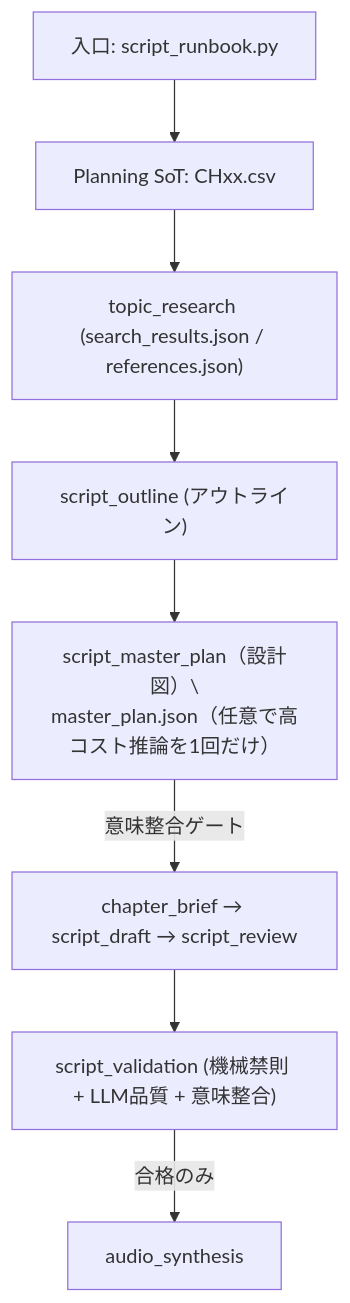
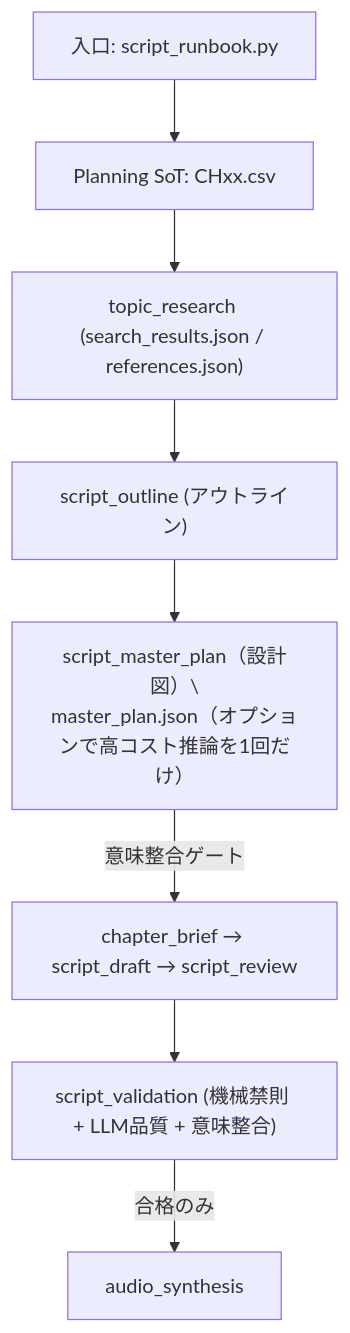
The second of 2 diagrams in ssot/ops/OPS_SCRIPT_FACTORY_MODES.md (daideguchi/youtube_production2), drawn with Mermaid before and after one commit. The commit also changed other lines of this file and 6288 other files, not shown here.

````diff
--- a/ssot/ops/OPS_SCRIPT_FACTORY_MODES.md
+++ b/ssot/ops/OPS_SCRIPT_FACTORY_MODES.md
@@ -164,10 +164,10 @@
 ```mermaid
 flowchart TD
   A["入口: script_runbook.py <MODE>"] --> P["Planning SoT: CHxx.csv"]
   P --> R["topic_research (search_results.json / references.json)"]
   R --> O["script_outline (アウトライン)"]
-  O --> M["script_master_plan（設計図）\\nmaster_plan.json（任意で高コスト推論を1回だけ）"]
+  O --> M["script_master_plan（設計図）\\nmaster_plan.json（オプションで高コスト推論を1回だけ）"]
   M -->|意味整合ゲート| W["chapter_brief → script_draft → script_review"]
   W --> V["script_validation (機械禁則 + LLM品質 + 意味整合)"]
   V -->|合格のみ| S["audio_synthesis"]
 ```
````
